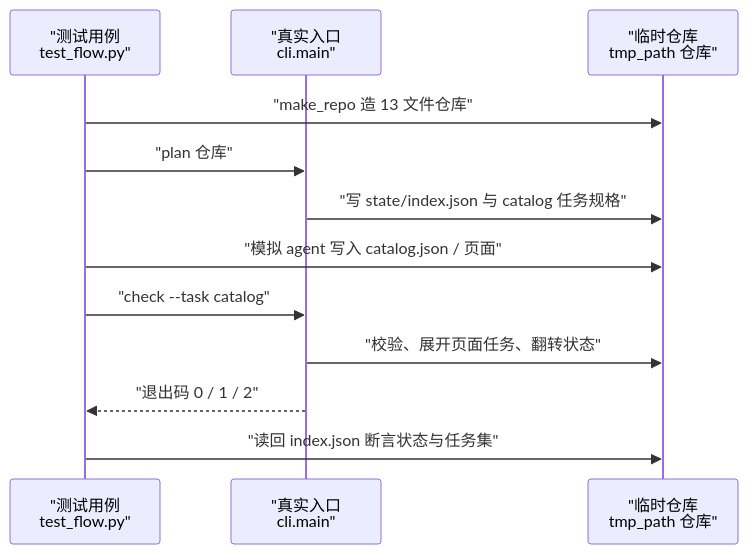
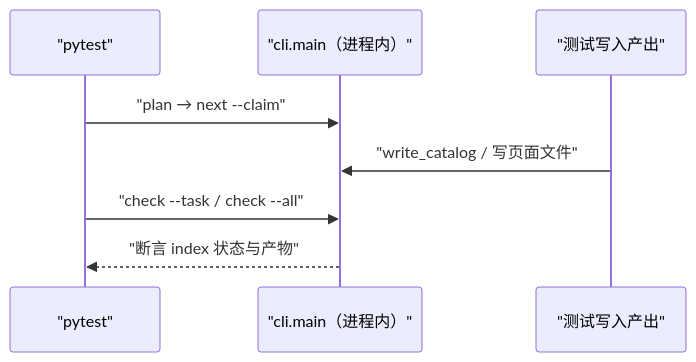
One commit to luomsis/repowiki changed the second of 3 diagrams in .repowiki/zh/content/测试与工程化/测试体系.md. Above: the diagram before and after it, drawn with Mermaid. The commit also changed other lines of this file and 100 other files, not shown here.

````diff
--- a/.repowiki/zh/content/测试与工程化/测试体系.md
+++ b/.repowiki/zh/content/测试与工程化/测试体系.md
@@ -130,14 +72,10 @@
 ```mermaid
 sequenceDiagram
-participant T as "测试用例<br/>test_flow.py"
-participant CLI as "真实入口<br/>cli.main"
-participant FS as "临时仓库<br/>tmp_path 仓库"
-T->>FS : "make_repo 造 13 文件仓库"
-T->>CLI : "plan 仓库"
-CLI->>FS : "写 state/index.json 与 catalog 任务规格"
-T->>FS : "模拟 agent 写入 catalog.json / 页面"
-T->>CLI : "check --task catalog"
-CLI->>FS : "校验、展开页面任务、翻转状态"
-CLI-->>T : "退出码 0 / 1 / 2"
-T->>FS : "读回 index.json 断言状态与任务集"
+participant T as "pytest"
+participant M as "cli.main（进程内）"
+participant S as "测试写入产出"
+T->>M : "plan → next --claim"
+S->>M : "write_catalog / 写页面文件"
+T->>M : "check --task / check --all"
+M-->>T : "断言 index 状态与产物"
 ```
````
